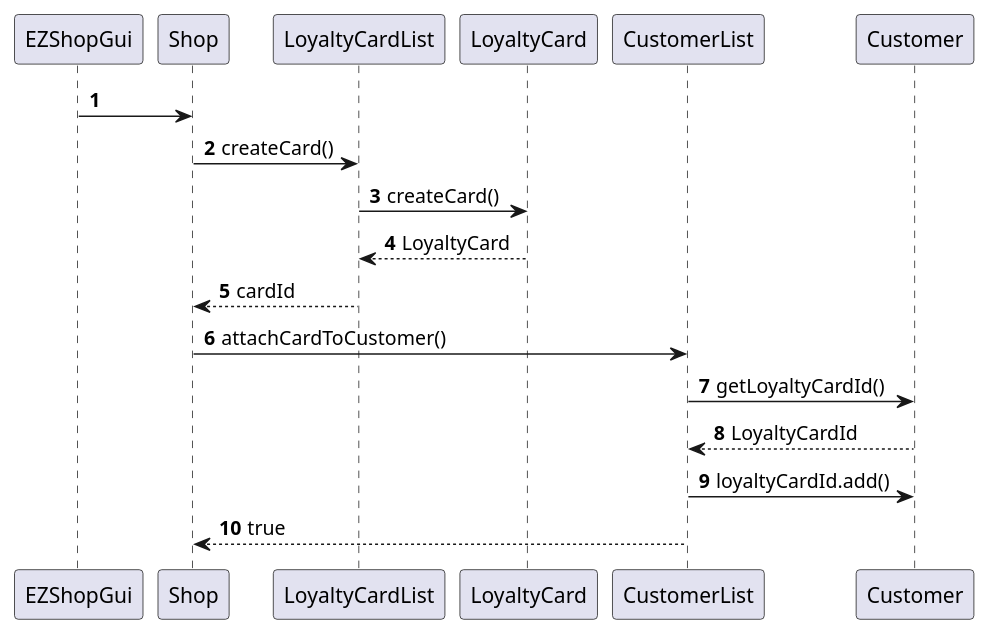
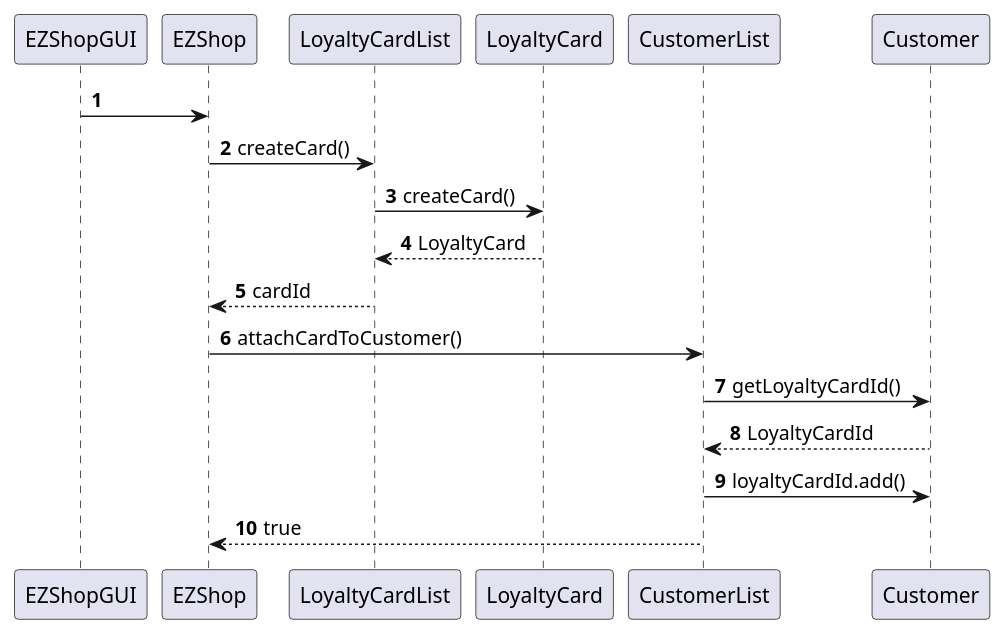
One commit to mkexc/ezshop changed diagram 11 of 22 in Deliverables/DesignDocument.md. Above: the diagram before and after it, drawn with PlantUML. The commit also changed other lines of this file, not shown here.

````diff
--- a/Deliverables/DesignDocument.md
+++ b/Deliverables/DesignDocument.md
@@ -470,15 +367,15 @@
 ```plantuml
 @startuml
 autonumber
-EZShopGui -> Shop
-Shop -> LoyaltyCardList : createCard()
+EZShopGUI -> EZShop
+EZShop -> LoyaltyCardList : createCard()
 LoyaltyCardList -> LoyaltyCard: createCard()
 LoyaltyCardList <-- LoyaltyCard: LoyaltyCard
-Shop <-- LoyaltyCardList : cardId
-Shop -> CustomerList : attachCardToCustomer()
+EZShop <-- LoyaltyCardList : cardId
+EZShop -> CustomerList : attachCardToCustomer()
 CustomerList -> Customer : getLoyaltyCardId()
 CustomerList <-- Customer : LoyaltyCardId
 CustomerList -> Customer : loyaltyCardId.add()
-Shop <-- CustomerList : true
+EZShop <-- CustomerList : true
 @enduml
 ```
````
